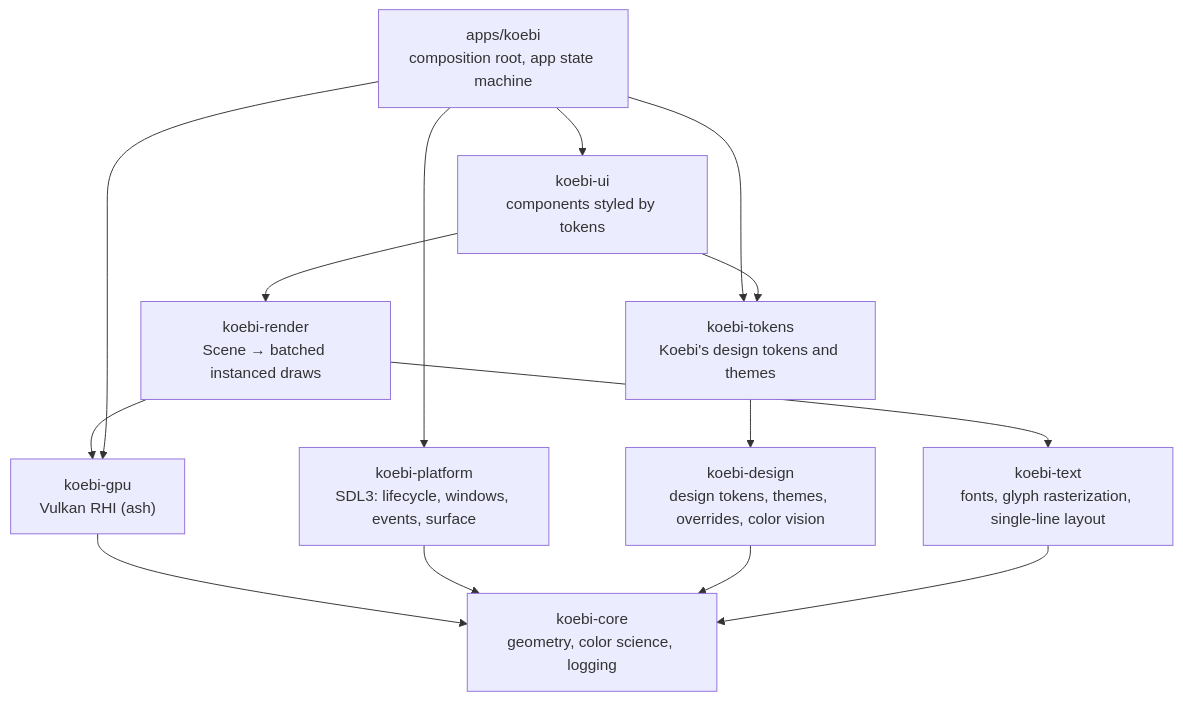
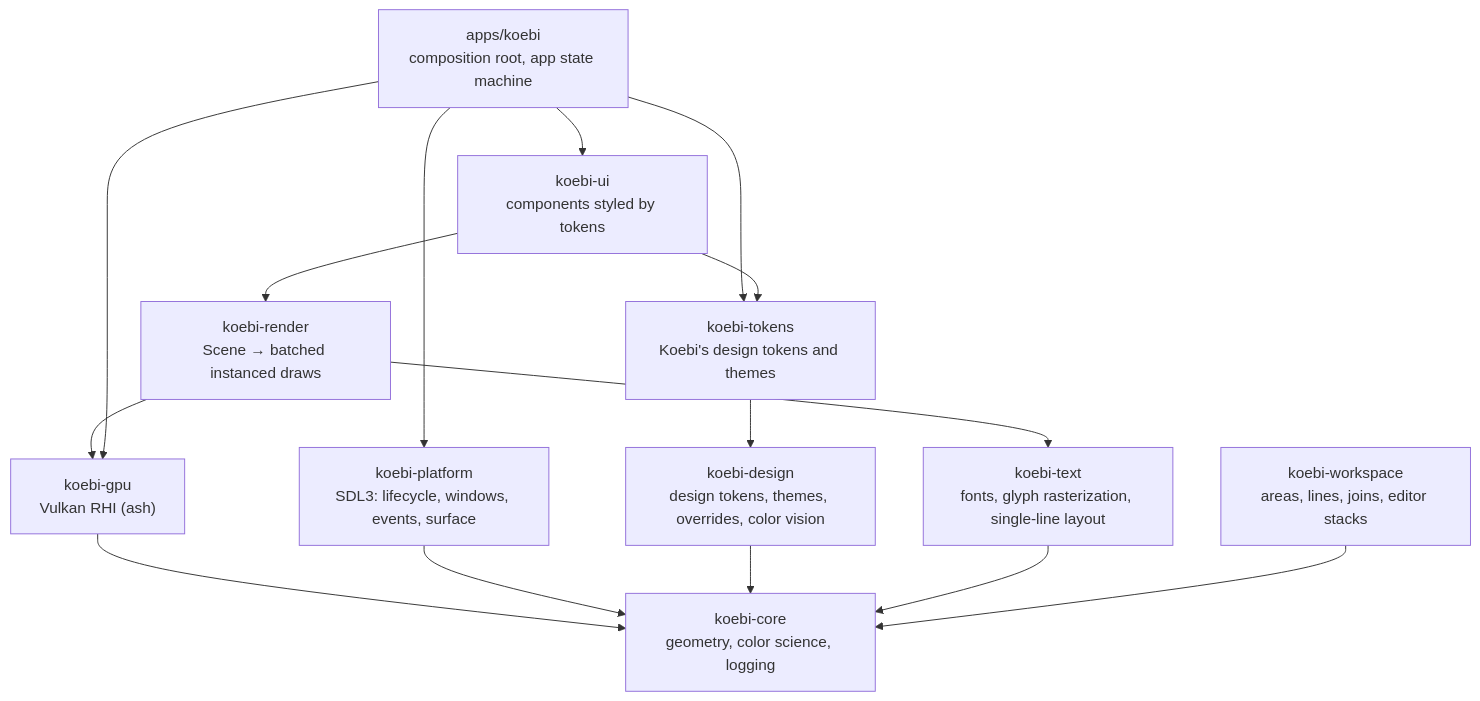
Before and after one commit to Kolosta/Koebi: the first of 2 diagrams in docs/architecture/overview.md, drawn with Mermaid. The commit also changed other lines of this file and 14 other files, not shown here.

Commit message:
feat(workspace): model areas tiling the window, with lines, joins and docking (#87)

````diff
--- a/docs/architecture/overview.md
+++ b/docs/architecture/overview.md
@@ -8,19 +8,21 @@
 ```mermaid
 flowchart TD
     app["apps/koebi<br/>composition root, app state machine"]
     ui["koebi-ui<br/>components styled by tokens"]
     render["koebi-render<br/>Scene → batched instanced draws"]
     gpu["koebi-gpu<br/>Vulkan RHI (ash)"]
     platform["koebi-platform<br/>SDL3: lifecycle, windows, events, surface"]
     tokens["koebi-tokens<br/>Koebi's design tokens and themes"]
     design["koebi-design<br/>design tokens, themes, overrides, color vision"]
     text["koebi-text<br/>fonts, glyph rasterization, single-line layout"]
+    workspace["koebi-workspace<br/>areas, lines, joins, editor stacks"]
     core["koebi-core<br/>geometry, color science, logging"]
     app --> ui --> render --> gpu --> core
     render --> text
     app --> platform --> core
     app --> gpu
     app --> tokens
     ui --> tokens --> design --> core
     text --> core
+    workspace --> core
 ```
````
